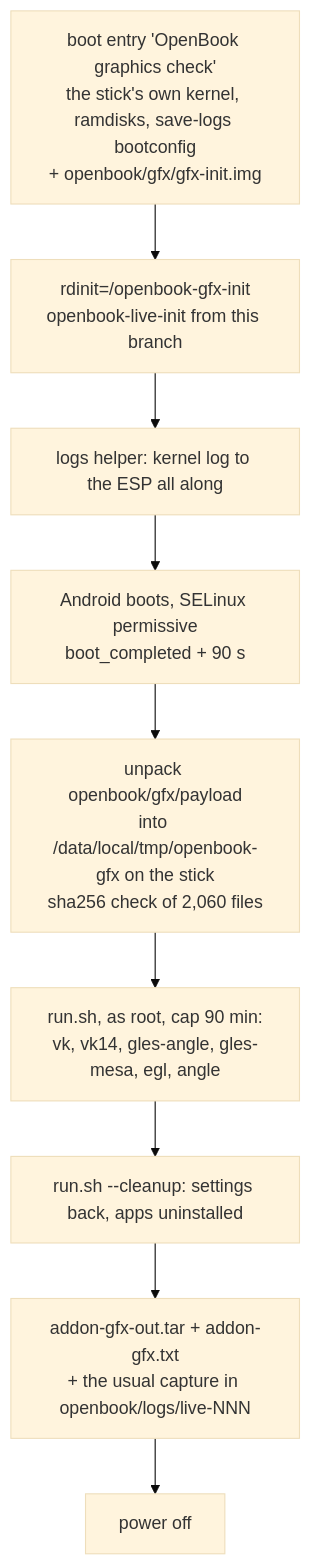
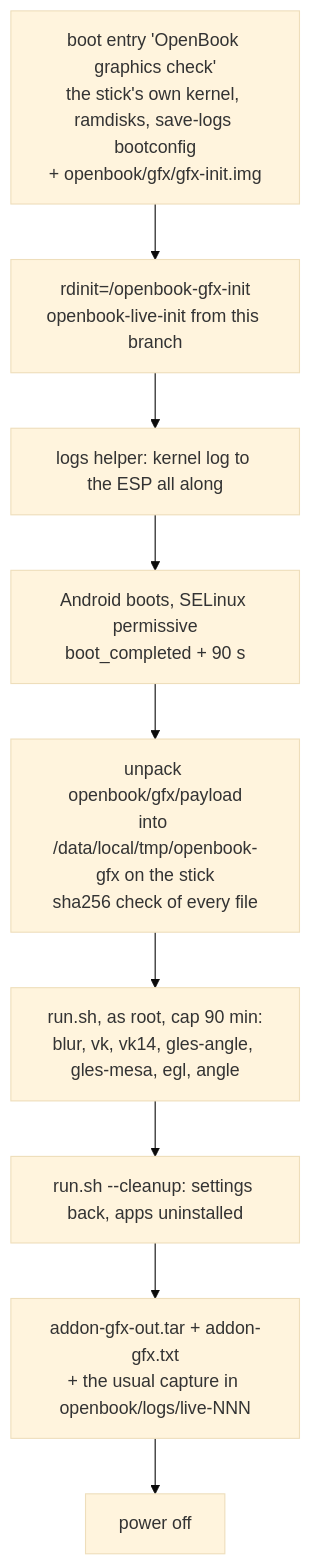
One commit to Mhsbrian/OpenBook changed the second of 2 diagrams in docs/graphics-amd.md. Above: the diagram before and after it, drawn with Mermaid (base theme). The commit also changed other lines of this file and 337 other files, not shown here.

````diff
--- a/docs/graphics-amd.md
+++ b/docs/graphics-amd.md
@@ -254,11 +292,11 @@
 ```mermaid title="Graphics check: one boot of the owner's stick"
 flowchart TD
   A[boot entry 'OpenBook graphics check'<br/>the stick's own kernel, ramdisks, save-logs bootconfig<br/>+ openbook/gfx/gfx-init.img] --> B[rdinit=/openbook-gfx-init<br/>openbook-live-init from this branch]
   B --> C[logs helper: kernel log to the ESP all along]
   C --> D[Android boots, SELinux permissive<br/>boot_completed + 90 s]
-  D --> E[unpack openbook/gfx/payload<br/>into /data/local/tmp/openbook-gfx on the stick<br/>sha256 check of 2,060 files]
-  E --> F[run.sh, as root, cap 90 min:<br/>vk, vk14, gles-angle, gles-mesa, egl, angle]
+  D --> E[unpack openbook/gfx/payload<br/>into /data/local/tmp/openbook-gfx on the stick<br/>sha256 check of every file]
+  E --> F[run.sh, as root, cap 90 min:<br/>blur, vk, vk14, gles-angle, gles-mesa, egl, angle]
   F --> G[run.sh --cleanup: settings back, apps uninstalled]
   G --> H[addon-gfx-out.tar + addon-gfx.txt<br/>+ the usual capture in openbook/logs/live-NNN]
   H --> I[power off]
 ```
````
